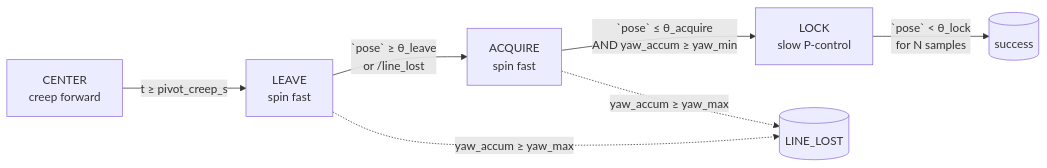
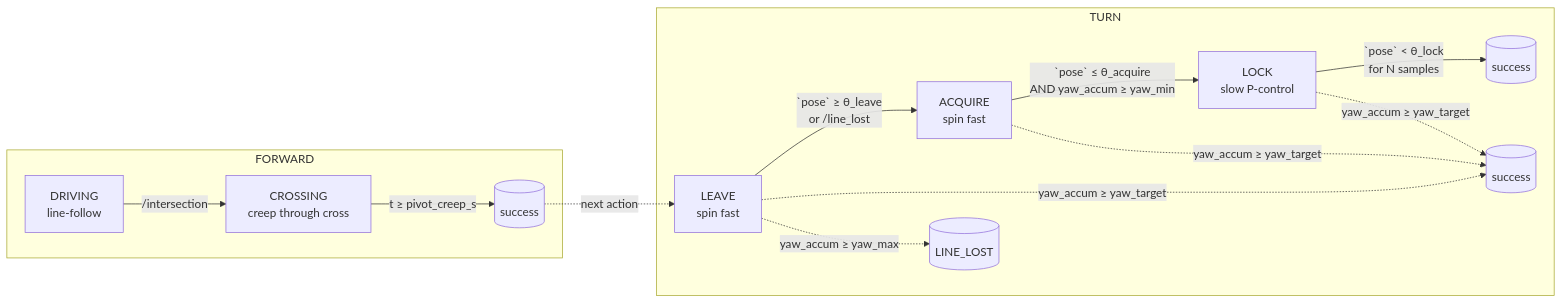
The diagram in docs/turn_controller.md (savesantos/saut_dma_maze), drawn with Mermaid before and after one commit. The commit also changed other lines of this file and 4 other files, not shown here.

First line of the commit message:
Enhance maze control logic for improved intersection handling and turning behavior

````diff
--- a/docs/turn_controller.md
+++ b/docs/turn_controller.md
@@ -24,9 +26,17 @@
 ```mermaid
 flowchart LR
-    A[CENTER<br/>creep forward] -->|t ≥ pivot_creep_s| B[LEAVE<br/>spin fast]
-    B -->|`pose` ≥ θ_leave<br/>or /line_lost| C[ACQUIRE<br/>spin fast]
-    C -->|`pose` ≤ θ_acquire<br/>AND yaw_accum ≥ yaw_min| D[LOCK<br/>slow P-control]
-    D -->|`pose` < θ_lock<br/>for N samples| E[(success)]
-    B -. yaw_accum ≥ yaw_max .-> F[(LINE_LOST)]
-    C -. yaw_accum ≥ yaw_max .-> F
+    subgraph FORWARD
+        D[DRIVING<br/>line-follow] -->|/intersection| C[CROSSING<br/>creep through cross]
+        C -->|t ≥ pivot_creep_s| F[(success)]
+    end
+    subgraph TURN
+        L[LEAVE<br/>spin fast] -->|`pose` ≥ θ_leave<br/>or /line_lost| A[ACQUIRE<br/>spin fast]
+        A -->|`pose` ≤ θ_acquire<br/>AND yaw_accum ≥ yaw_min| K[LOCK<br/>slow P-control]
+        K -->|`pose` < θ_lock<br/>for N samples| FK[(success)]
+        L -. yaw_accum ≥ yaw_target .-> YT[(success)]
+        A -. yaw_accum ≥ yaw_target .-> YT
+        K -. yaw_accum ≥ yaw_target .-> YT
+        L -. yaw_accum ≥ yaw_max .-> X[(LINE_LOST)]
+    end
+    F -.next action.-> L
 ```
````
